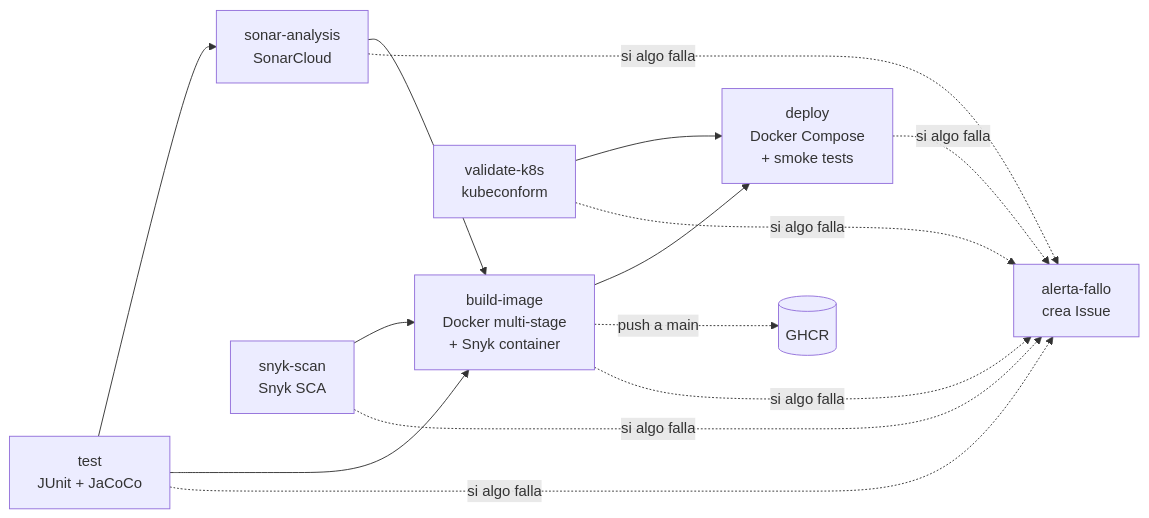
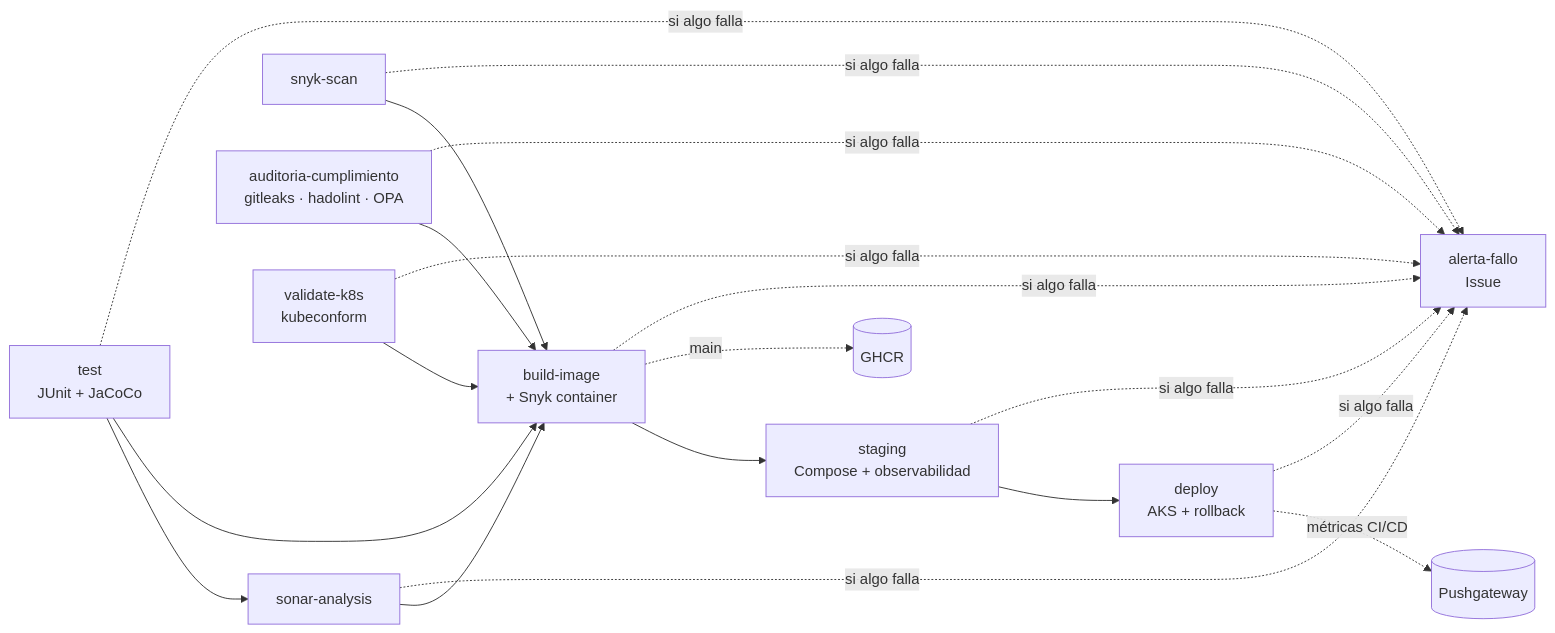
The second of 2 diagrams in README.md (benjaminstagnaro/ms-productos), drawn with Mermaid before and after one commit. The commit also changed other lines of this file and 4 other files, not shown here.

````diff
--- a/README.md
+++ b/README.md
@@ -144,11 +147,13 @@
 ```mermaid
 flowchart LR
-    T[test<br/>JUnit + JaCoCo] --> S[sonar-analysis<br/>SonarCloud]
-    K[snyk-scan<br/>Snyk SCA] --> B
-    T --> B[build-image<br/>Docker multi-stage<br/>+ Snyk container]
-    S --> B
-    V[validate-k8s<br/>kubeconform] --> D
-    B --> D[deploy<br/>Docker Compose<br/>+ smoke tests]
-    B -.->|"push a main"| R[(GHCR)]
-    T & K & S & B & D & V -.->|"si algo falla"| X[alerta-fallo<br/>crea Issue]
+    T[test<br/>JUnit + JaCoCo] --> S[sonar-analysis]
+    K[snyk-scan]
+    A[auditoria-cumplimiento<br/>gitleaks · hadolint · OPA]
+    V[validate-k8s<br/>kubeconform]
+    T & S & K & A & V --> B[build-image<br/>+ Snyk container]
+    B --> STG[staging<br/>Compose + observabilidad]
+    STG --> D[deploy<br/>AKS + rollback]
+    B -.->|main| R[(GHCR)]
+    D -.->|métricas CI/CD| PG[(Pushgateway)]
+    T & K & S & A & V & B & STG & D -.->|si algo falla| X[alerta-fallo<br/>Issue]
 ```
````
